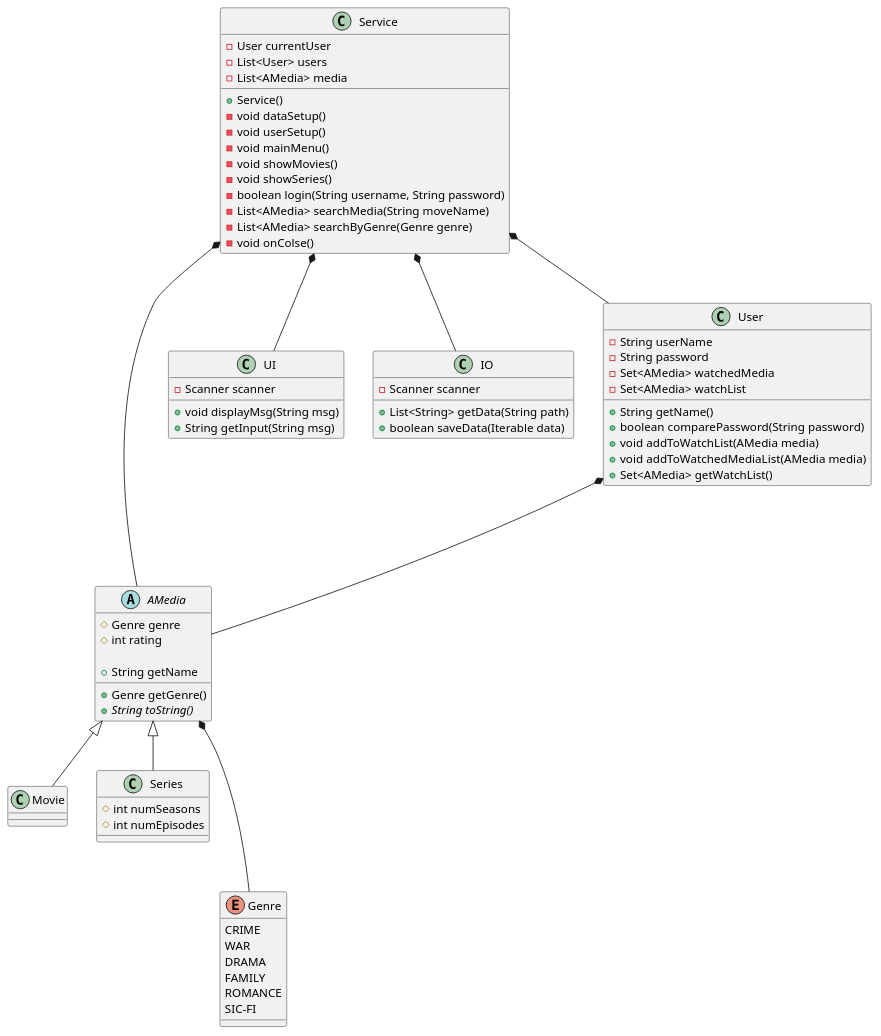
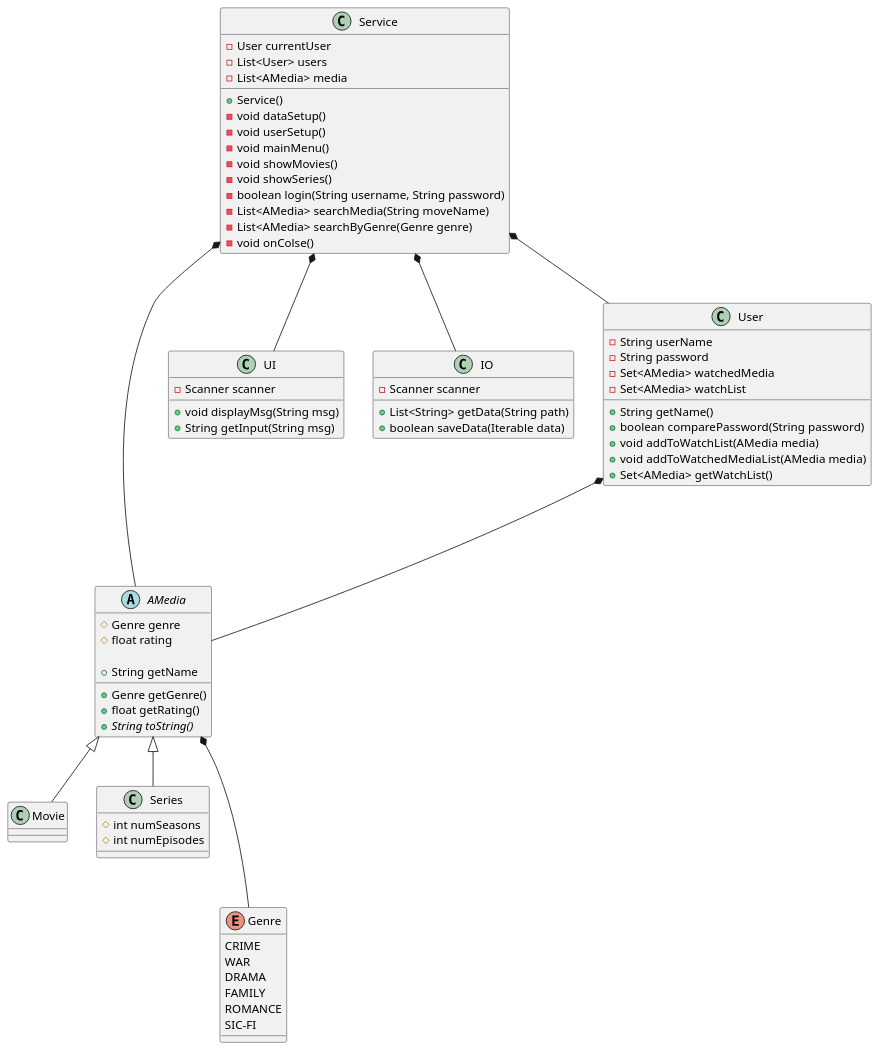
One commit to Laumh-exe/sp3 changed the diagram in doc/classDiagra.puml. Above: the diagram before and after it, drawn with PlantUML. The commit also changed 1 other file, not shown here.

Commit message:
rating seach

```diff
--- a/doc/classDiagra.puml
+++ b/doc/classDiagra.puml
@@ -1,87 +1,88 @@
 abstract class AMedia{
 	# Genre genre
-	# int rating
+	# float rating
 
     + Genre getGenre()
+    + float getRating()
     + String getName
     {abstract} + String toString()
 }
 
 class Movie{
 	
 }
 
 class Series{
 	# int numSeasons
 	# int numEpisodes	
 }
 
 class UI {
     - Scanner scanner
 	+ void displayMsg(String msg)
 	+ String getInput(String msg)
 }
 
 class IO{
     - Scanner scanner
 	+ List<String> getData(String path)
 	+ boolean saveData(Iterable data)
 }
 
 class User{
     - String userName
     - String password
     - Set<AMedia> watchedMedia
     - Set<AMedia> watchList
     + String getName()
     + boolean comparePassword(String password)
     + void addToWatchList(AMedia media)
     + void addToWatchedMediaList(AMedia media)
     + Set<AMedia> getWatchList()
 }
 
 class Service{
     - User currentUser
 	- List<User> users
 	- List<AMedia> media
 	
     + Service()
     - void dataSetup()
     - void userSetup()
     - void mainMenu() 
     - void showMovies()
     - void showSeries()
 	- boolean login(String username, String password)
     - List<AMedia> searchMedia(String moveName)
     - List<AMedia> searchByGenre(Genre genre)
     - void onColse()
 }
 note left of Service::setup
     userlogin / create user
 end note
 
 note left of Service::mainMainu
     This is the main loop of the programSS
 end note
 
 enum Genre{
     CRIME
     WAR
     DRAMA
     FAMILY
     ROMANCE
     SIC-FI
 }
 
 Service *-- AMedia
 Service *-- User
 Service *-- UI
 Service *-- IO
 
 AMedia *--- Genre
 
 User *--- AMedia
 
 
 AMedia <|-- Movie
 AMedia <|-- Series
```
